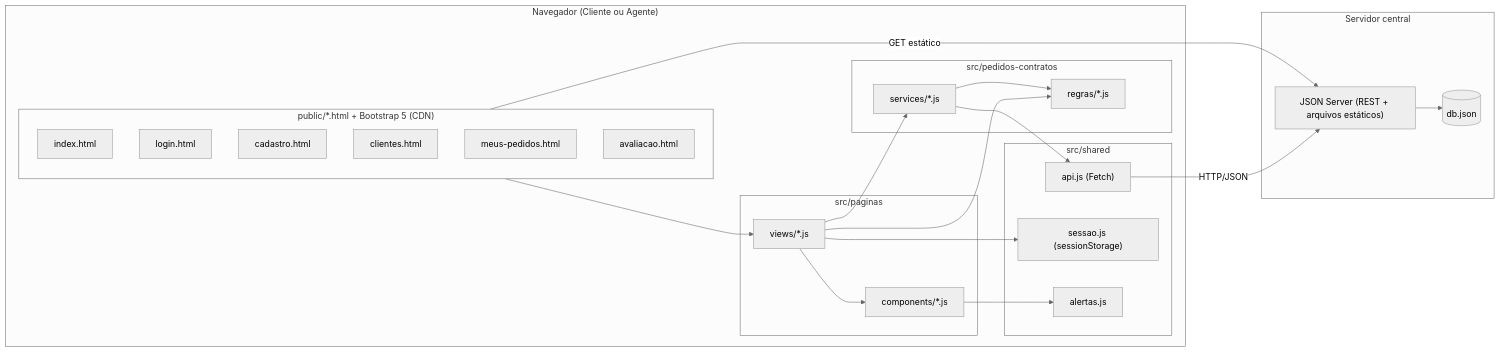
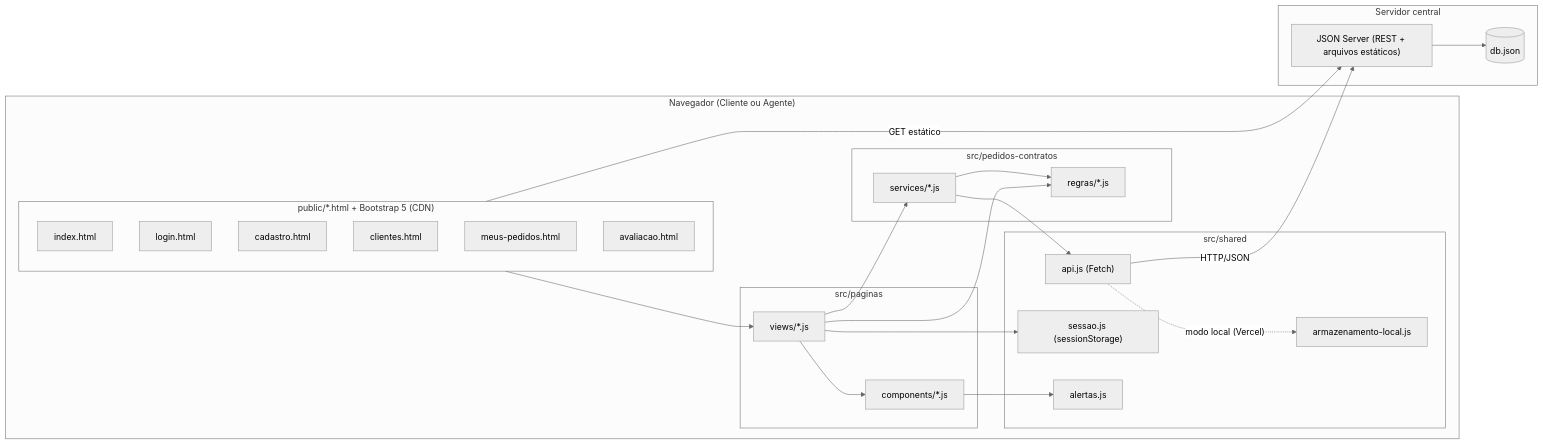
One commit to Arthur-Bicalho/DIW-Lab2 changed the first of 2 diagrams in docs/diagramas/componentes.md. Above: the diagram before and after it, drawn with Mermaid (neutral theme). The commit also changed other lines of this file and 3 other files, not shown here.

Commit message:
docs(uml): documenta o armazenamento no navegador e o ADR 0010

````diff
--- a/docs/diagramas/componentes.md
+++ b/docs/diagramas/componentes.md
@@ -5,42 +5,44 @@
 ```mermaid
 flowchart LR
     subgraph navegador["Navegador (Cliente ou Agente)"]
         subgraph html["public/*.html + Bootstrap 5 (CDN)"]
             index["index.html"]
             login["login.html"]
             cadastro["cadastro.html"]
             clientes["clientes.html"]
             pedidos["meus-pedidos.html"]
             avaliacao["avaliacao.html"]
         end
         subgraph paginas["src/paginas"]
             views["views/*.js"]
             comp["components/*.js"]
         end
         subgraph pc["src/pedidos-contratos"]
             svc["services/*.js"]
             reg["regras/*.js"]
         end
         subgraph sh["src/shared"]
             api["api.js (Fetch)"]
+            loc["armazenamento-local.js"]
             ses["sessao.js (sessionStorage)"]
             alr["alertas.js"]
         end
     end
     subgraph servidor["Servidor central"]
         js["JSON Server (REST + arquivos estáticos)"]
         db[("db.json")]
     end
 
     html --> views
     views --> comp
     views --> svc
     views --> reg
     views --> ses
     comp --> alr
     svc --> reg
     svc --> api
+    api -. "modo local (Vercel)" .-> loc
     api -- "HTTP/JSON" --> js
     js --> db
     html -- "GET estático" --> js
 ```
````
